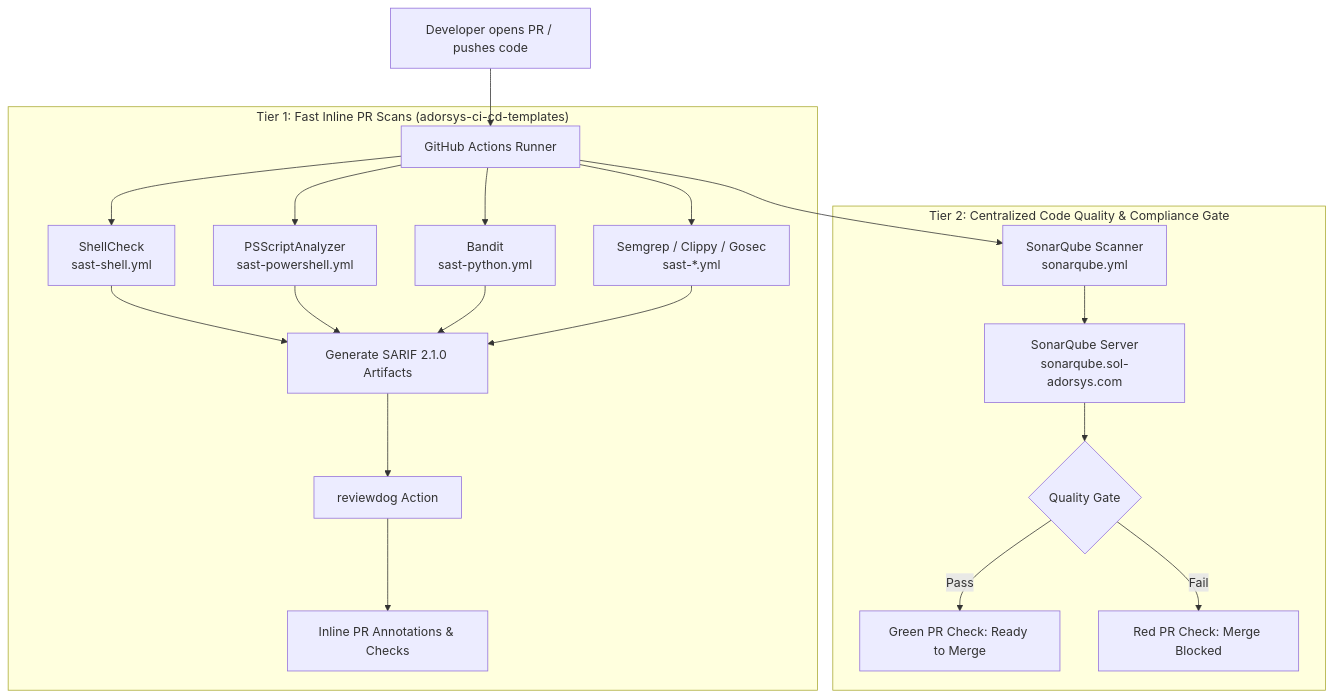
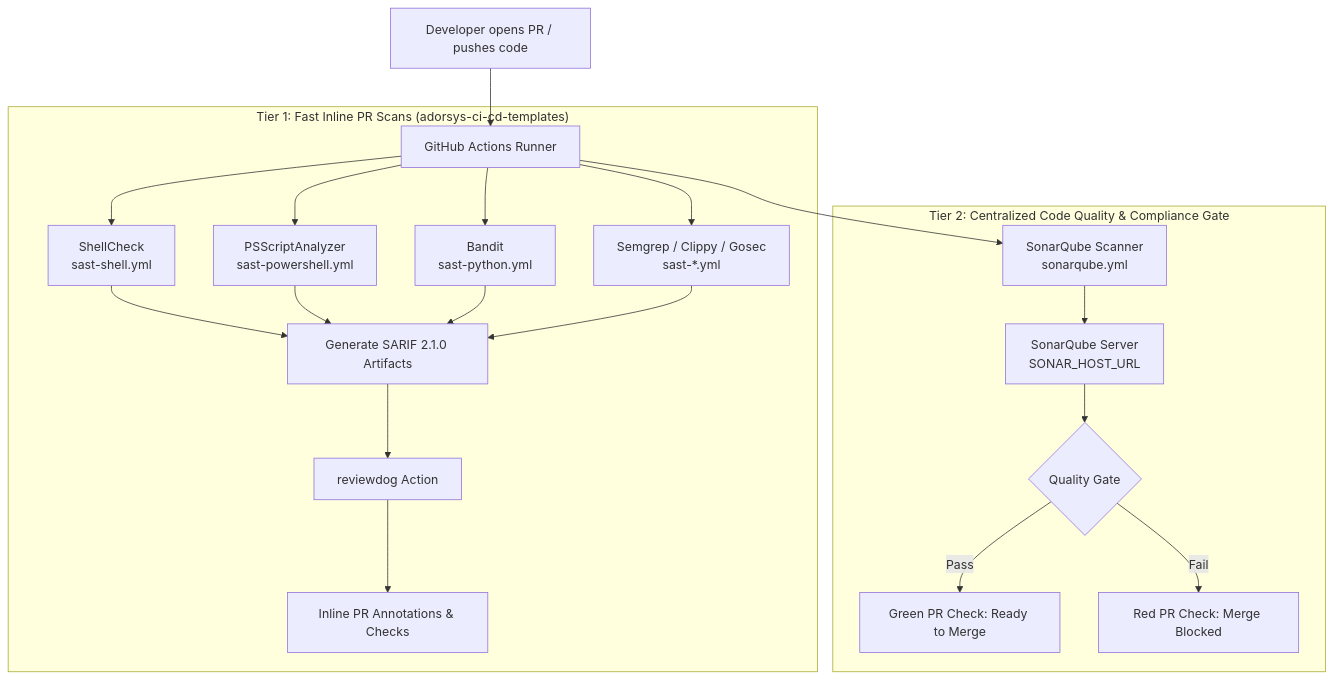
Before and after one commit to ADORSYS-GIS/wazuh-playbook: the diagram in SOC-Documentation/sast-integration.md, drawn with Mermaid. The commit also changed other lines of this file and 1 other file, not shown here.

````diff
--- a/SOC-Documentation/sast-integration.md
+++ b/SOC-Documentation/sast-integration.md
@@ -66,22 +66,22 @@
 ```mermaid
 graph TD
     A[Developer opens PR / pushes code] --> B[GitHub Actions Runner]
     
     subgraph "Tier 1: Fast Inline PR Scans (adorsys-ci-cd-templates)"
         B --> C1[ShellCheck<br/>sast-shell.yml]
         B --> C2[PSScriptAnalyzer<br/>sast-powershell.yml]
         B --> C3[Bandit<br/>sast-python.yml]
         B --> C4[Semgrep / Clippy / Gosec<br/>sast-*.yml]
         C1 & C2 & C3 & C4 --> D[Generate SARIF 2.1.0 Artifacts]
         D --> E[reviewdog Action]
         E --> F[Inline PR Annotations & Checks]
     end
 
     subgraph "Tier 2: Centralized Code Quality & Compliance Gate"
         B --> G[SonarQube Scanner<br/>sonarqube.yml]
-        G --> H[SonarQube Server<br/>sonarqube.sol-adorsys.com]
+        G --> H[SonarQube Server<br/>SONAR_HOST_URL]
         H --> I{Quality Gate}
         I -->|Pass| J[Green PR Check: Ready to Merge]
         I -->|Fail| K[Red PR Check: Merge Blocked]
     end
 ```
````
